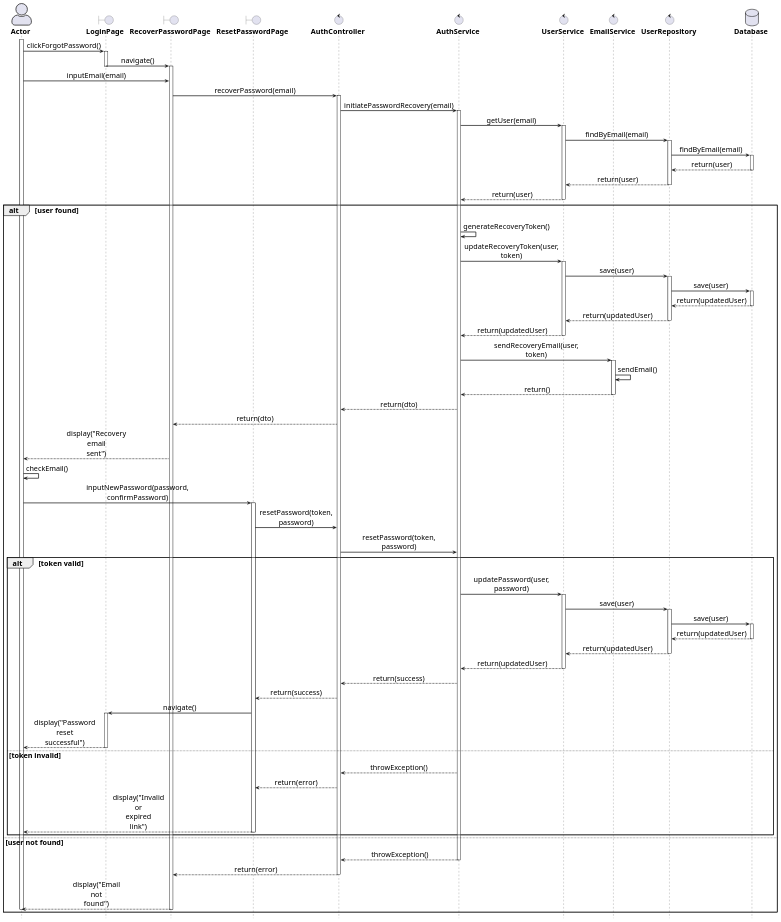
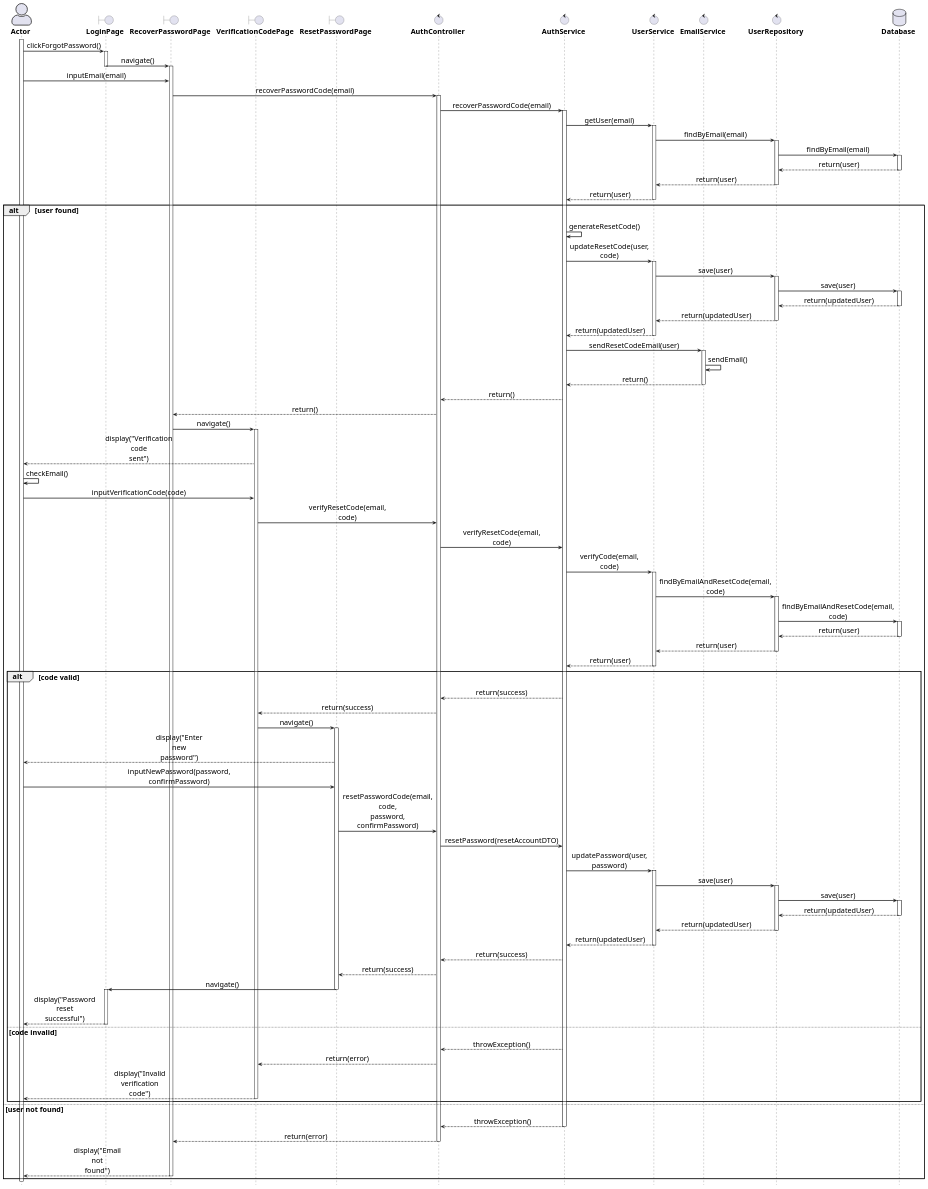
One commit to phuquy-28/clothing-store-spring changed the diagram in docs/sequence-diagram/recover-password.pu. Above: the diagram before and after it, drawn with PlantUML. The commit also changed 1 other file, not shown here.

Commit message:
chore(auth): refactor password recovery and registration sequence diagrams; update flow to include verification code handling and activation code input

```diff
--- a/docs/sequence-diagram/recover-password.pu
+++ b/docs/sequence-diagram/recover-password.pu
@@ -1,140 +1,169 @@
-@startuml
+@startuml recover-password
 
 ' General configuration
 skinparam defaultFontSize 20
 skinparam maxMessageSize 60
 skinparam sequenceMessageAlign center
 
 ' Actor style configuration
 skinparam actorStyle awesome
 
 ' Arrow and border thickness configuration
 skinparam {
     ArrowThickness 2
     ParticipantBorderThickness 2
     ActorBorderThickness 2
     LifeLineBorderThickness 2
     ActivationBorderThickness 2
 }
 
 ' Life line color configuration
 skinparam LifeLineBorderColor black
 
 ' Font style configuration for components
 skinparam {
     actorFontStyle bold
     boundaryFontStyle bold
     controlFontStyle bold
     entityFontStyle bold
     databaseFontStyle bold
 }
 
 ' Define components
 actor "Actor" as actor
 boundary "LoginPage" as loginPage
 boundary "RecoverPasswordPage" as recoverPage
+boundary "VerificationCodePage" as verifyPage
 boundary "ResetPasswordPage" as resetPage
 control "AuthController" as controller
 control "AuthService" as service
 control "UserService" as userService
 control "EmailService" as emailService
 control "UserRepository" as repo
 database "Database" as db
 
 ' Start processing flow
 activate actor
+
 actor -> loginPage: clickForgotPassword()
 activate loginPage
-
 loginPage -> recoverPage: navigate()
 deactivate loginPage
 activate recoverPage
 
 actor -> recoverPage: inputEmail(email)
-recoverPage -> controller: recoverPassword(email)
+recoverPage -> controller: recoverPasswordCode(email)
 activate controller
 
-controller -> service: initiatePasswordRecovery(email)
+controller -> service: recoverPasswordCode(email)
 activate service
 
 service -> userService: getUser(email)
 activate userService
 userService -> repo: findByEmail(email)
 activate repo
 repo -> db: findByEmail(email)
 activate db
 db --> repo: return(user)
 deactivate db
 repo --> userService: return(user)
 deactivate repo
 userService --> service: return(user)
 deactivate userService
 
 alt user found
-    service -> service: generateRecoveryToken()
-    service -> userService: updateRecoveryToken(user, token)
+    service -> service: generateResetCode()
+    service -> userService: updateResetCode(user, code)
     activate userService
     userService -> repo: save(user)
     activate repo
     repo -> db: save(user)
     activate db
     db --> repo: return(updatedUser)
     deactivate db
     repo --> userService: return(updatedUser)
     deactivate repo
     userService --> service: return(updatedUser)
     deactivate userService
-    
-    service -> emailService: sendRecoveryEmail(user, token)
+
+    service -> emailService: sendResetCodeEmail(user)
     activate emailService
     emailService -> emailService: sendEmail()
     emailService --> service: return()
     deactivate emailService
-    
-    service --> controller: return(dto)
-    controller --> recoverPage: return(dto)
-    recoverPage --> actor: display("Recovery email sent")
-    
+
+    service --> controller: return()
+    controller --> recoverPage: return()
+    recoverPage -> verifyPage: navigate()
+    activate verifyPage
+    verifyPage --> actor: display("Verification code sent")
+
     actor -> actor: checkEmail()
+    actor -> verifyPage: inputVerificationCode(code)
 
-    actor -> resetPage: inputNewPassword(password, confirmPassword)
-    activate resetPage
-    resetPage -> controller: resetPassword(token, password)
-    controller -> service: resetPassword(token, password)
-    alt token valid
+    verifyPage -> controller: verifyResetCode(email, code)
+    controller -> service: verifyResetCode(email, code)
+
+    service -> userService: verifyCode(email, code)
+    activate userService
+    userService -> repo: findByEmailAndResetCode(email, code)
+    activate repo
+    repo -> db: findByEmailAndResetCode(email, code)
+    activate db
+    db --> repo: return(user)
+    deactivate db
+    repo --> userService: return(user)
+    deactivate repo
+    userService --> service: return(user)
+    deactivate userService
+
+    alt code valid
+        service --> controller: return(success)
+        controller --> verifyPage: return(success)
+        verifyPage -> resetPage: navigate()
+        activate resetPage
+        resetPage --> actor: display("Enter new password")
+
+        actor -> resetPage: inputNewPassword(password, confirmPassword)
+
+        resetPage -> controller: resetPasswordCode(email, code, password, confirmPassword)
+        controller -> service: resetPassword(resetAccountDTO)
+
         service -> userService: updatePassword(user, password)
         activate userService
         userService -> repo: save(user)
         activate repo
         repo -> db: save(user)
         activate db
         db --> repo: return(updatedUser)
         deactivate db
         repo --> userService: return(updatedUser)
         deactivate repo
         userService --> service: return(updatedUser)
         deactivate userService
+
         service --> controller: return(success)
         controller --> resetPage: return(success)
+
         resetPage -> loginPage: navigate()
+        deactivate resetPage
         activate loginPage
         loginPage --> actor: display("Password reset successful")
         deactivate loginPage
-    else token invalid
+    else code invalid
         service --> controller: throwException()
-        controller --> resetPage: return(error)
-        resetPage --> actor: display("Invalid or expired link")
-        deactivate resetPage
+        controller --> verifyPage: return(error)
+        verifyPage --> actor: display("Invalid verification code")
+        deactivate verifyPage
     end
 else user not found
     service --> controller: throwException()
     deactivate service
     controller --> recoverPage: return(error)
     deactivate controller
     recoverPage --> actor: display("Email not found")
     deactivate recoverPage
-    deactivate actor
 end
 
 hide footbox
 @enduml
```
